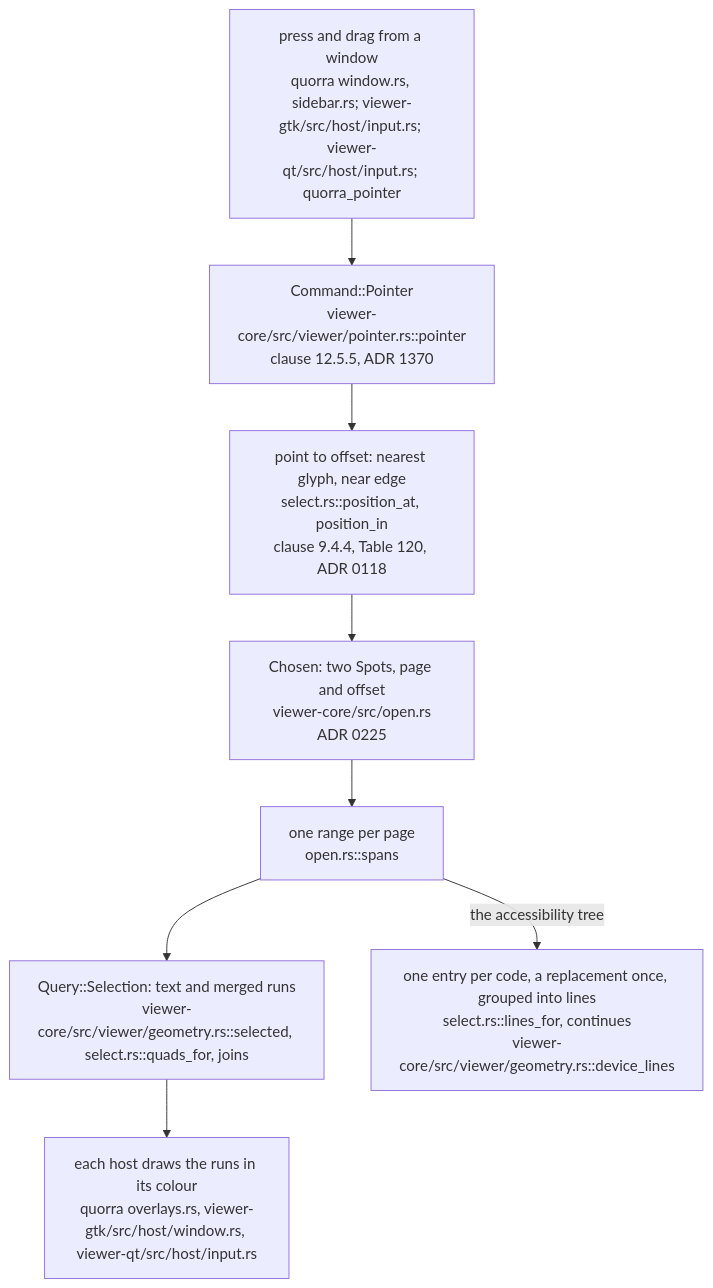
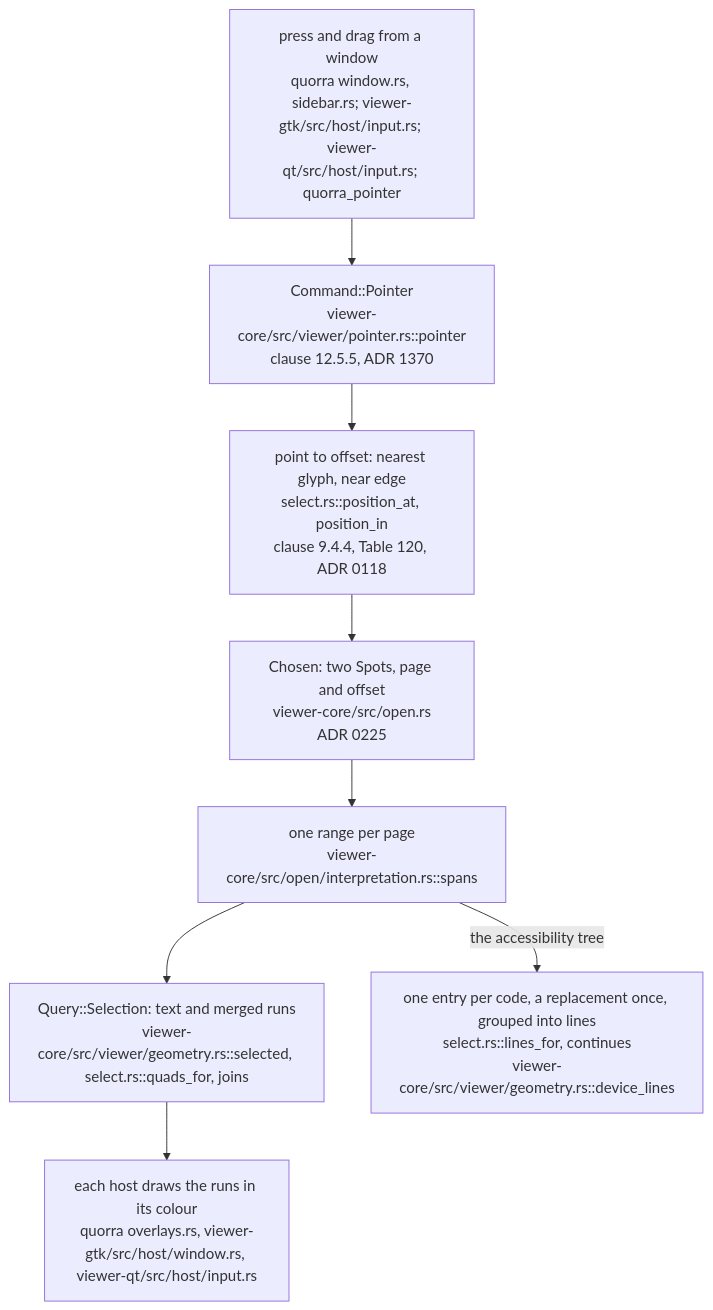
Before and after one commit to close2/pdf-viewer: the fourth of 6 diagrams in doc/teaching/how-text-is-selected-and-copied.md, drawn with Mermaid. The commit also changed other lines of this file and 129 other files, not shown here.

````diff
--- a/doc/teaching/how-text-is-selected-and-copied.md
+++ b/doc/teaching/how-text-is-selected-and-copied.md
@@ -342,19 +342,19 @@
 ```mermaid
 flowchart TD
     HOSTS["press and drag from a window<br/>quorra window.rs, sidebar.rs; viewer-gtk/src/host/input.rs; viewer-qt/src/host/input.rs; quorra_pointer"]
     POINTER["Command::Pointer<br/>viewer-core/src/viewer/pointer.rs::pointer<br/>clause 12.5.5, ADR 1370"]
     AT["point to offset: nearest glyph, near edge<br/>select.rs::position_at, position_in<br/>clause 9.4.4, Table 120, ADR 0118"]
     CHOSEN["Chosen: two Spots, page and offset<br/>viewer-core/src/open.rs<br/>ADR 0225"]
-    SPANS["one range per page<br/>open.rs::spans"]
+    SPANS["one range per page<br/>viewer-core/src/open/interpretation.rs::spans"]
     SEL["Query::Selection: text and merged runs<br/>viewer-core/src/viewer/geometry.rs::selected, select.rs::quads_for, joins"]
     DRAW["each host draws the runs in its colour<br/>quorra overlays.rs, viewer-gtk/src/host/window.rs, viewer-qt/src/host/input.rs"]
     CARET["one entry per code, a replacement once, grouped into lines<br/>select.rs::lines_for, continues<br/>viewer-core/src/viewer/geometry.rs::device_lines"]
 
     HOSTS --> POINTER
     POINTER --> AT
     AT --> CHOSEN
     CHOSEN --> SPANS
     SPANS --> SEL
     SEL --> DRAW
     SPANS -->|"the accessibility tree"| CARET
 ```
````
